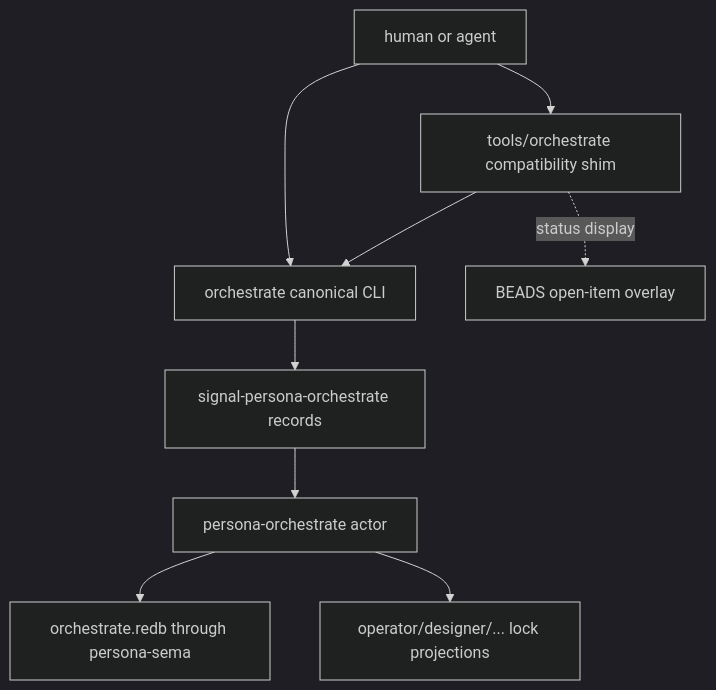
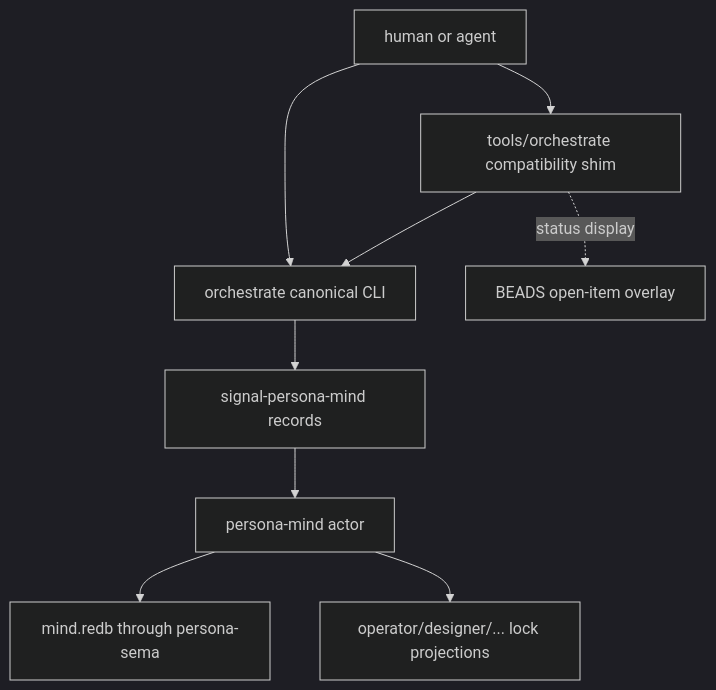
The first of 5 diagrams in reports/operator/95-orchestrate-cli-protocol-fit.md (LiGoldragon/primary), drawn with Mermaid (dark theme) before and after one commit. The commit also changed other lines of this file and 11 other files, not shown here.

Commit message:
document persona-mind central rename

````diff
--- a/reports/operator/95-orchestrate-cli-protocol-fit.md
+++ b/reports/operator/95-orchestrate-cli-protocol-fit.md
@@ -19,20 +19,20 @@
 ```mermaid
 flowchart TD
     human["human or agent"]
     shim["tools/orchestrate compatibility shim"]
     cli["orchestrate canonical CLI"]
-    contract["signal-persona-orchestrate records"]
-    actor["persona-orchestrate actor"]
-    db["orchestrate.redb through persona-sema"]
+    contract["signal-persona-mind records"]
+    actor["persona-mind actor"]
+    db["mind.redb through persona-sema"]
     locks["operator/designer/... lock projections"]
     beads["BEADS open-item overlay"]
 
     human --> shim
     human --> cli
     shim --> cli
     cli --> contract
     contract --> actor
     actor --> db
     actor --> locks
     shim -. status display .-> beads
 ```
````
